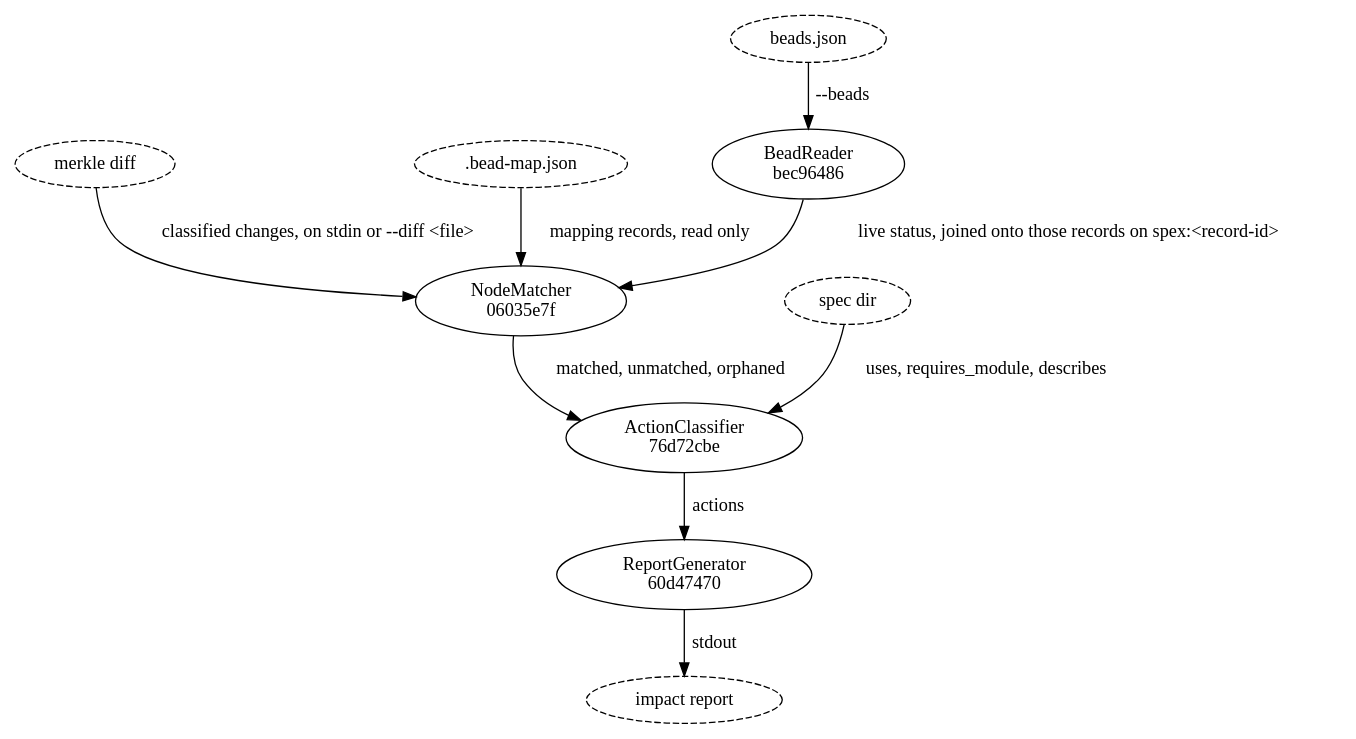
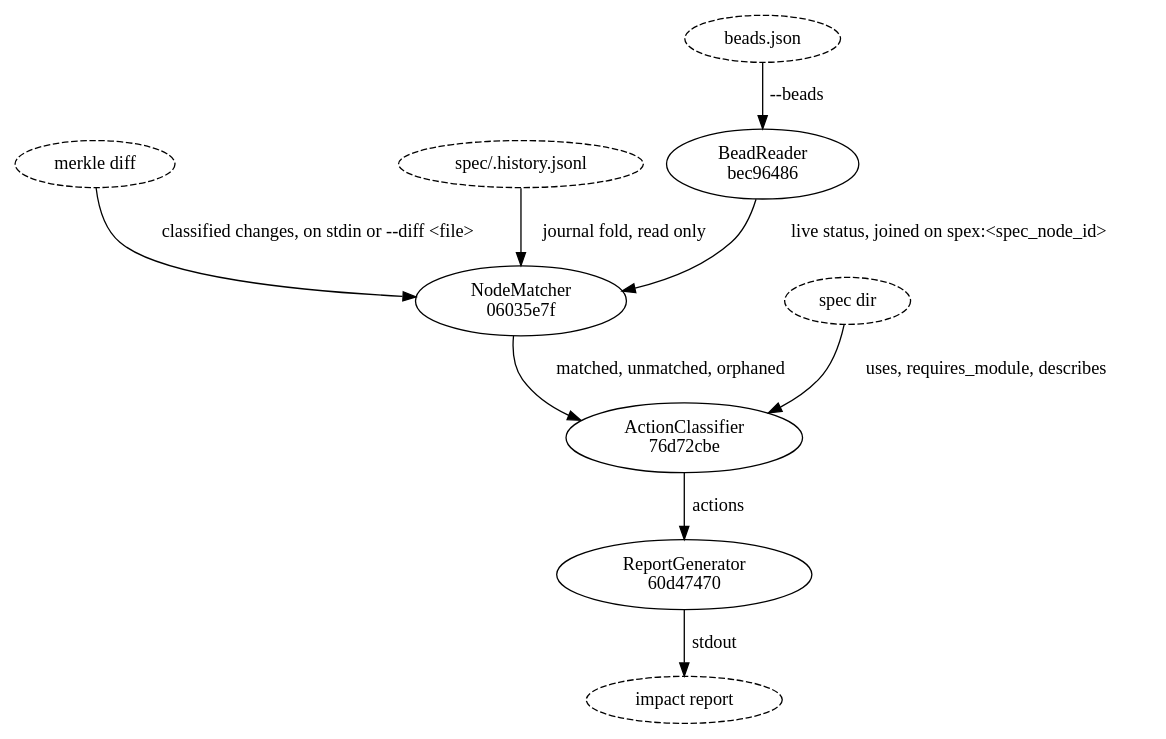
Before and after one commit to dmitriyb/spexmachina: the first of 2 diagrams in spec/impact/flow_impact_analysis.md, drawn with Graphviz. The commit also changed other lines of this file and 64 other files, not shown here.

First line of the commit message:
spec: author the task-journal contract across seven modules

````diff
--- a/spec/impact/flow_impact_analysis.md
+++ b/spec/impact/flow_impact_analysis.md
@@ -5,22 +5,22 @@
 ```dot
 digraph impact_analysis {
     "merkle diff"    [style=dashed];
     "beads.json"     [style=dashed];
-    ".bead-map.json" [style=dashed];
+    "spec/.history.jsonl" [style=dashed];
     "spec dir"       [style=dashed];
     "bec96486c6b2"   [label="BeadReader\nbec96486"];
     "06035e7f0c39"   [label="NodeMatcher\n06035e7f"];
     "76d72cbe00f3"   [label="ActionClassifier\n76d72cbe"];
     "60d4747021ec"   [label="ReportGenerator\n60d47470"];
     "impact report"  [style=dashed];
 
     "beads.json"     -> "bec96486c6b2"  [label="--beads"];
     "merkle diff"    -> "06035e7f0c39"  [label="classified changes, on stdin or --diff <file>"];
-    ".bead-map.json" -> "06035e7f0c39"  [label="mapping records, read only"];
-    "bec96486c6b2"   -> "06035e7f0c39"  [label="live status, joined onto those records on spex:<record-id>"];
+    "spec/.history.jsonl" -> "06035e7f0c39"  [label="journal fold, read only"];
+    "bec96486c6b2"   -> "06035e7f0c39"  [label="live status, joined on spex:<spec_node_id>"];
     "06035e7f0c39"   -> "76d72cbe00f3"  [label="matched, unmatched, orphaned"];
     "spec dir"       -> "76d72cbe00f3"  [label="uses, requires_module, describes"];
     "76d72cbe00f3"   -> "60d4747021ec"  [label="actions"];
     "60d4747021ec"   -> "impact report" [label="stdout"];
 }
 ```
````
